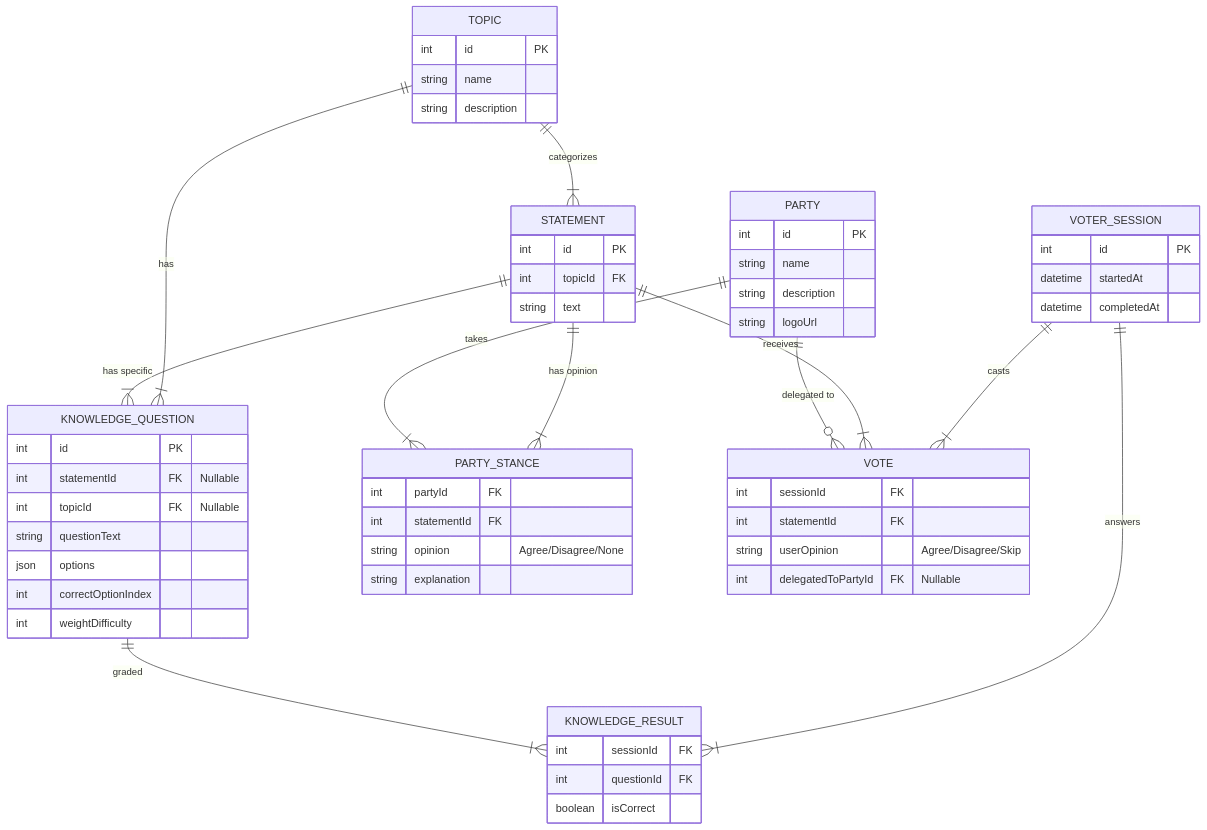
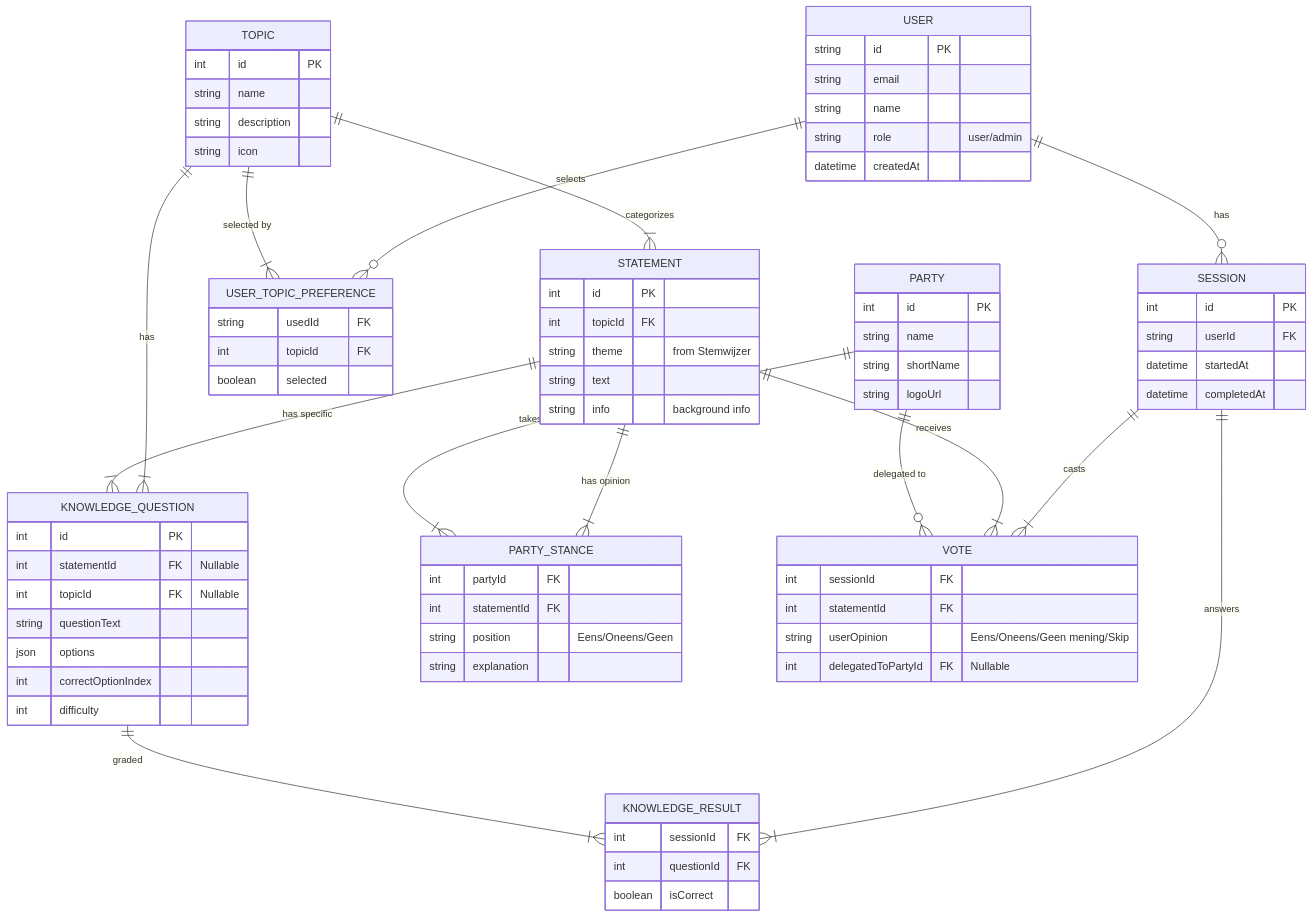
Before and after one commit to RicharddeGraaf1/digitaleDirecteDemocratie: the diagram in docs/architecture.md, drawn with Mermaid. The commit also changed other lines of this file and 5 other files, not shown here.

````diff
--- a/docs/architecture.md
+++ b/docs/architecture.md
@@ -33,41 +35,63 @@
 ```mermaid
 erDiagram
+    USER ||--o{ SESSION : "has"
+    USER ||--o{ USER_TOPIC_PREFERENCE : "selects"
+    
     TOPIC ||--|{ STATEMENT : "categorizes"
     TOPIC ||--|{ KNOWLEDGE_QUESTION : "has"
+    TOPIC ||--|{ USER_TOPIC_PREFERENCE : "selected by"
+    
     STATEMENT ||--|{ KNOWLEDGE_QUESTION : "has specific"
     STATEMENT ||--|{ PARTY_STANCE : "has opinion"
     PARTY ||--|{ PARTY_STANCE : "takes"
     
-    VOTER_SESSION ||--|{ VOTE : "casts"
-    VOTER_SESSION ||--|{ KNOWLEDGE_RESULT : "answers"
+    SESSION ||--|{ VOTE : "casts"
+    SESSION ||--|{ KNOWLEDGE_RESULT : "answers"
     
     STATEMENT ||--|{ VOTE : "receives"
     PARTY ||--o{ VOTE : "delegated to"
     KNOWLEDGE_QUESTION ||--|{ KNOWLEDGE_RESULT : "graded"
 
+    USER {
+        string id PK
+        string email
+        string name
+        string role "user/admin"
+        datetime createdAt
+    }
+
     TOPIC {
         int id PK
         string name
         string description
+        string icon
+    }
+
+    USER_TOPIC_PREFERENCE {
+        string usedId FK
+        int topicId FK
+        boolean selected
     }
 
     STATEMENT {
         int id PK
         int topicId FK
+        string theme "from Stemwijzer"
         string text
+        string info "background info"
     }
 
     PARTY {
         int id PK
         string name
-        string description
+        string shortName
         string logoUrl
     }
 
     PARTY_STANCE {
         int partyId FK
         int statementId FK
-        string opinion "Agree/Disagree/None"
+        string position "Eens/Oneens/Geen"
         string explanation
     }
 
@@ -78,11 +102,12 @@
         string questionText
         json options
         int correctOptionIndex
-        int weightDifficulty
+        int difficulty
     }
 
-    VOTER_SESSION {
+    SESSION {
         int id PK
+        string userId FK
         datetime startedAt
         datetime completedAt
     }
@@ -90,7 +115,7 @@
     VOTE {
         int sessionId FK
         int statementId FK
-        string userOpinion "Agree/Disagree/Skip"
+        string userOpinion "Eens/Oneens/Geen mening/Skip"
         int delegatedToPartyId FK "Nullable"
     }
 
````
